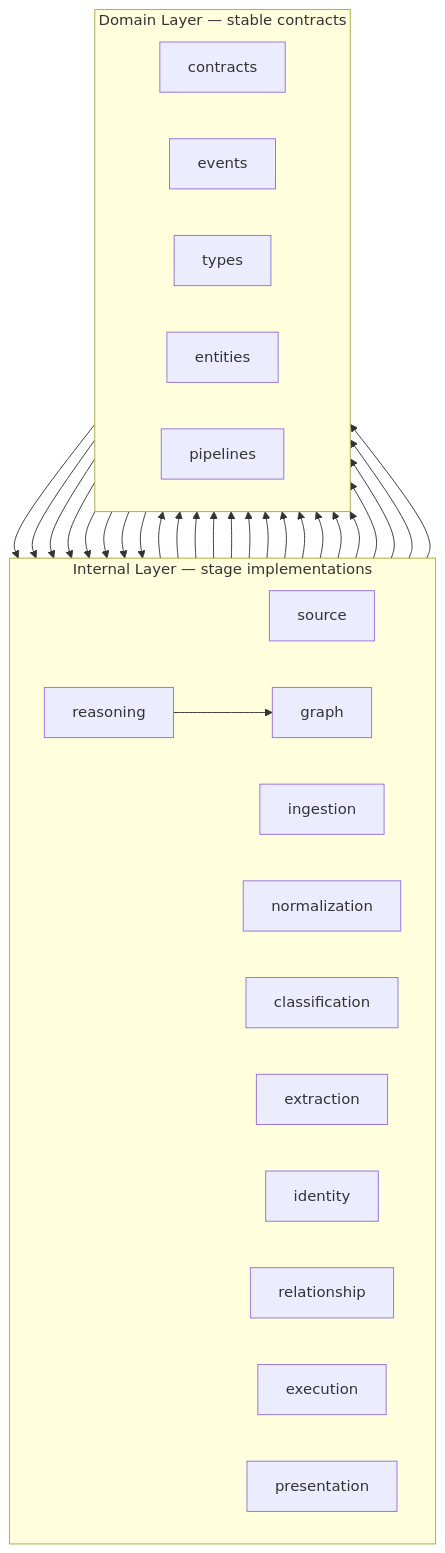
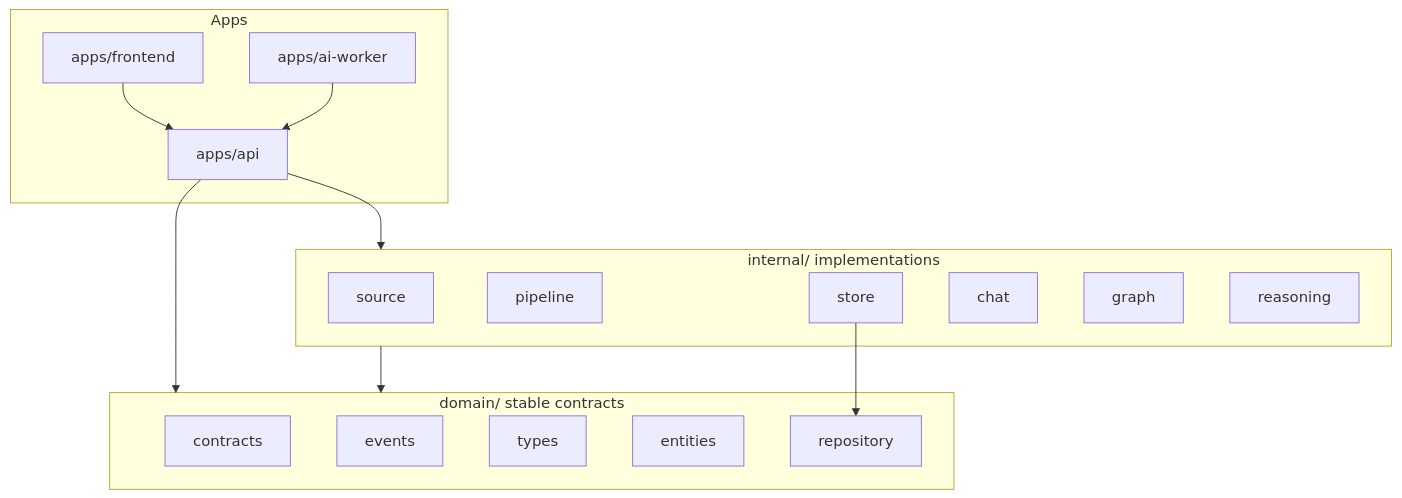
Before and after one commit to sx-tane/context-os: the seventh of 7 diagrams in docs/ARCHITECTURE.md, drawn with Mermaid. The commit also changed other lines of this file and 45 other files, not shown here.

````diff
--- a/docs/ARCHITECTURE.md
+++ b/docs/ARCHITECTURE.md
@@ -96,52 +222,32 @@
 ```mermaid
 flowchart TD
-  subgraph INT[Internal Layer — stage implementations]
-    direction LR
-    source[source]
-    ingestion[ingestion]
-    normalization[normalization]
-    classification[classification]
-    extraction[extraction]
-    identity[identity]
-    relationship[relationship]
-    ctxgraph[graph]
-    reasoning[reasoning]
-    execution[execution]
-    presentation[presentation]
+  subgraph APP[Apps]
+    FE[apps/frontend]
+    API[apps/api]
+    WORKER[apps/ai-worker]
   end
 
-  subgraph DOM[Domain Layer — stable contracts]
-    direction LR
-    contracts[contracts]
-    events[events]
-    types[types]
-    entities[entities]
-    pipeline[pipelines]
+  subgraph DOM[domain/ stable contracts]
+    CONTRACTS[contracts]
+    EVENTS[events]
+    TYPES[types]
+    ENTITIES[entities]
+    REPOS[repository]
   end
 
-  source --> contracts
-  source --> events
-  ingestion --> contracts
-  ingestion --> events
-  normalization --> events
-  normalization --> types
-  classification --> types
-  extraction --> types
-  identity --> entities
-  identity --> types
-  relationship --> entities
-  relationship --> types
-  ctxgraph --> entities
-  ctxgraph --> types
-  reasoning --> ctxgraph
-  reasoning --> types
-  presentation --> types
-  pipeline --> ingestion
-  pipeline --> normalization
-  pipeline --> classification
-  pipeline --> extraction
-  pipeline --> identity
-  pipeline --> relationship
-  pipeline --> ctxgraph
-  pipeline --> reasoning
+  subgraph INT[internal/ implementations]
+    SOURCE[source]
+    PIPE[pipeline]
+    STORE[store]
+    CHAT[chat]
+    GRAPH[graph]
+    REASON[reasoning]
+  end
+
+  FE --> API
+  API --> INT
+  API --> DOM
+  INT --> DOM
+  STORE --> REPOS
+  WORKER --> API
 ```
````
